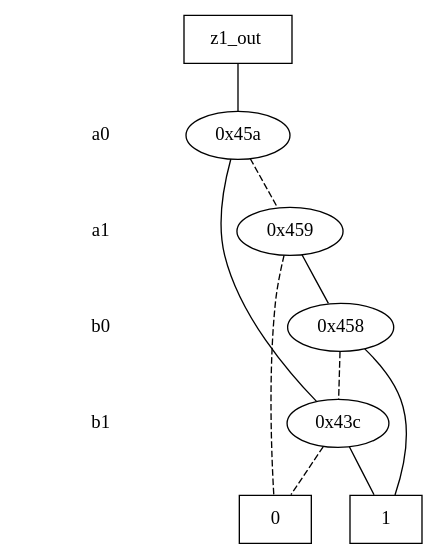
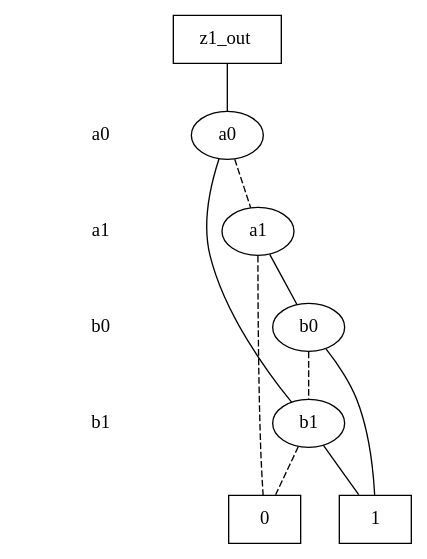
The diagram in zdd_plots/z1_out_zdd.dot (NathanNator/ECE6745_Final_Project), drawn with Graphviz before and after one commit. The commit also changed 12 other files, not shown here.

```diff
--- a/zdd_plots/z1_out_zdd.dot
+++ b/zdd_plots/z1_out_zdd.dot
@@ -1,40 +1,40 @@
 digraph "ZDD" {
 size = "7.5,10"
 center = true;
 edge [dir = none];
 { node [shape = plaintext];
   edge [style = invis];
   "CONST NODES" [style = invis];
 " a0 " -> " a1 " -> " b0 " -> " b1 " -> "CONST NODES"; 
 }
 { rank = same; node [shape = box]; edge [style = invis];
 "  z1_out  "; }
 { rank = same; " a0 ";
-"0x45a";
+"a0";
 }
 { rank = same; " a1 ";
-"0x459";
+"a1";
 }
 { rank = same; " b0 ";
-"0x458";
+"b0";
 }
 { rank = same; " b1 ";
-"0x43c";
+"b1";
 }
 { rank = same; "CONST NODES";
 { node [shape = box]; "0x1fd";
 "0x1fc";
 }
 }
-"  z1_out  " -> "0x45a" [style = solid];
-"0x45a" -> "0x43c";
-"0x45a" -> "0x459" [style = dashed];
-"0x459" -> "0x458";
-"0x459" -> "0x1fd" [style = dashed];
-"0x458" -> "0x1fc";
-"0x458" -> "0x43c" [style = dashed];
-"0x43c" -> "0x1fc";
-"0x43c" -> "0x1fd" [style = dashed];
+"  z1_out  " -> "a0" [style = solid];
+"a0" -> "b1";
+"a0" -> "a1" [style = dashed];
+"a1" -> "b0";
+"a1" -> "0x1fd" [style = dashed];
+"b0" -> "0x1fc";
+"b0" -> "b1" [style = dashed];
+"b1" -> "0x1fc";
+"b1" -> "0x1fd" [style = dashed];
 "0x1fd" [label = "0"];
 "0x1fc" [label = "1"];
 }
```
